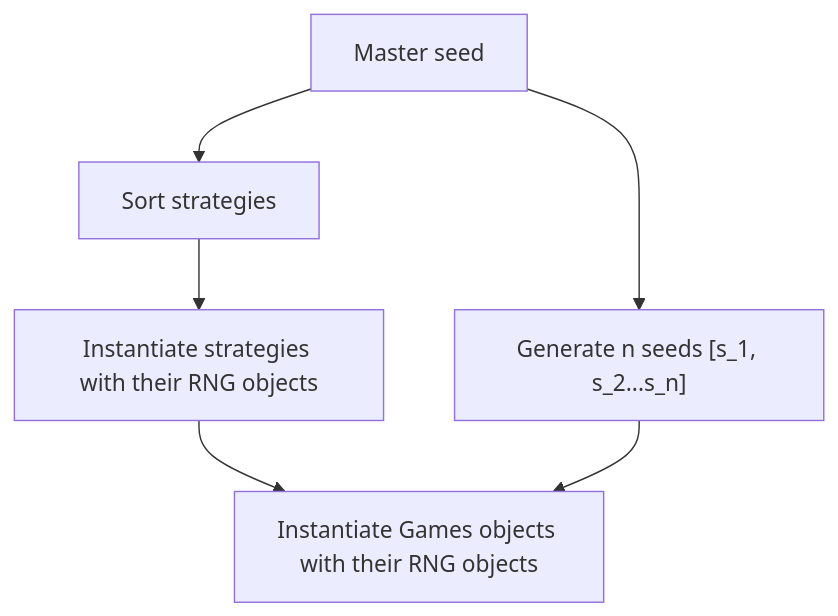
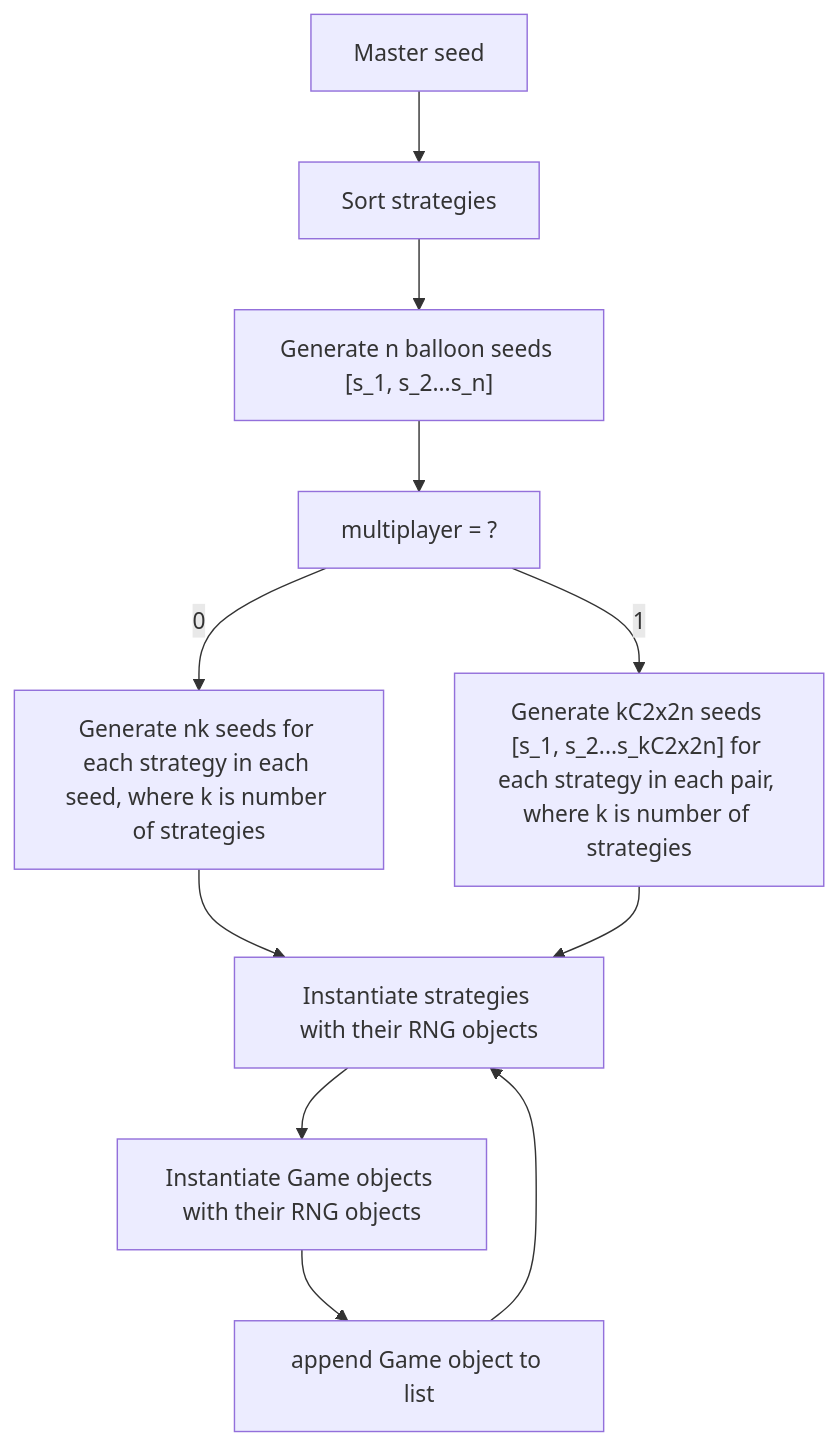
Before and after one commit to ynkos22/BalloonGame: the diagram in design/reproducibility.md, drawn with Mermaid. The commit also changed 27 other files, not shown here.

````diff
--- a/design/reproducibility.md
+++ b/design/reproducibility.md
@@ -4,13 +4,24 @@
 ```mermaid 
 flowchart TD
 master_seed["Master seed"]
-seeds["Generate n seeds [s_1, s_2...s_n]"]
+seeds["Generate n balloon seeds [s_1, s_2...s_n]"]
+seeds_mult["Generate kC2x2n seeds [s_1, s_2...s_kC2x2n] for each strategy in each pair, where k is number of strategies"]
 strat_sort["Sort strategies"]
 Instance_strat["Instantiate strategies with their RNG objects"]
-Instance_games["Instantiate Games objects with their RNG objects"]
+Instance_games["Instantiate Game objects with their RNG objects"]
+multiplayer["multiplayer = ?"]
+save["append Game object to list"]
+seeds_single["Generate nk seeds for each strategy in each seed, where k is number of strategies"]
 
-master_seed --> seeds & strat_sort
-strat_sort --> Instance_strat --> Instance_games
-seeds --> Instance_games
+master_seed --> strat_sort
+
+
+strat_sort --> seeds --> multiplayer -- 1 --> seeds_mult
+
+multiplayer -- 0 --> seeds_single --> Instance_strat
+
+Instance_games --> save --> Instance_strat
+seeds_mult --> Instance_strat --> Instance_games
+
 
 ```
````
